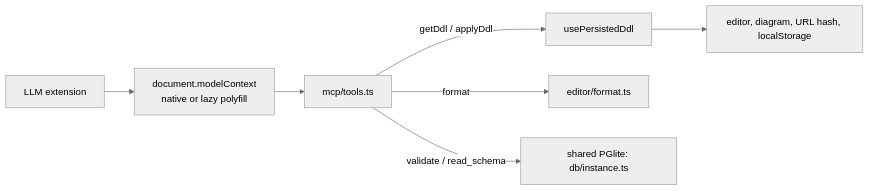
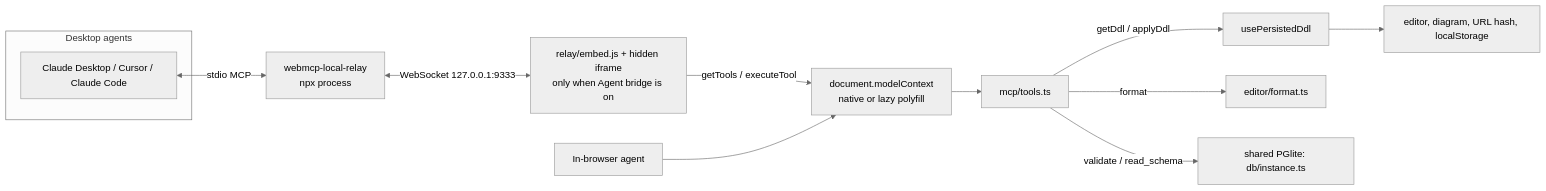
Before and after one commit to nickdeis/webmcp-pglite-erd-diagram: the diagram in specs/webmcp.md, drawn with Mermaid (neutral theme). The commit also changed other lines of this file and 26 other files, not shown here.

First line of the commit message:
Add an opt-in agent bridge so desktop agents can use the WebMCP tools

````diff
--- a/specs/webmcp.md
+++ b/specs/webmcp.md
@@ -63,9 +88,15 @@
 ```mermaid
 flowchart LR
-  Agent[LLM extension] --> Ctx[document.modelContext<br/>native or lazy polyfill]
+  subgraph Desktop[Desktop agents]
+    Agent[Claude Desktop / Cursor / Claude Code]
+  end
+  Agent <-->|stdio MCP| Relay[webmcp-local-relay<br/>npx process]
+  Relay <-->|WebSocket 127.0.0.1:9333| Embed[relay/embed.js + hidden iframe<br/>only when Agent bridge is on]
+  Embed -->|getTools / executeTool| Ctx
+  Ext[In-browser agent] --> Ctx[document.modelContext<br/>native or lazy polyfill]
   Ctx --> Tools[mcp/tools.ts]
   Tools -->|getDdl / applyDdl| State[usePersistedDdl]
   Tools -->|format| Fmt[editor/format.ts]
   Tools -->|validate / read_schema| DB[shared PGlite: db/instance.ts]
   State --> UI[editor, diagram, URL hash, localStorage]
 ```
````
